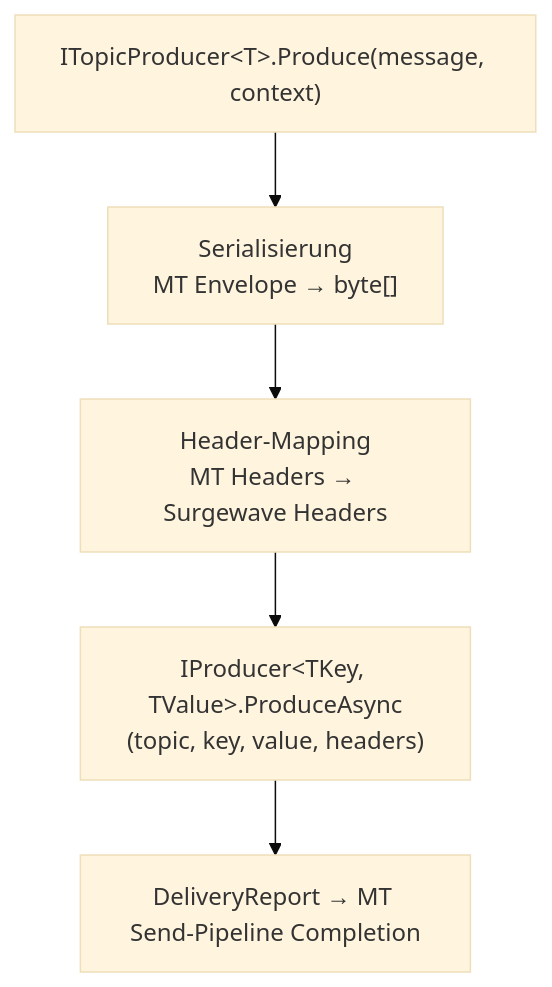
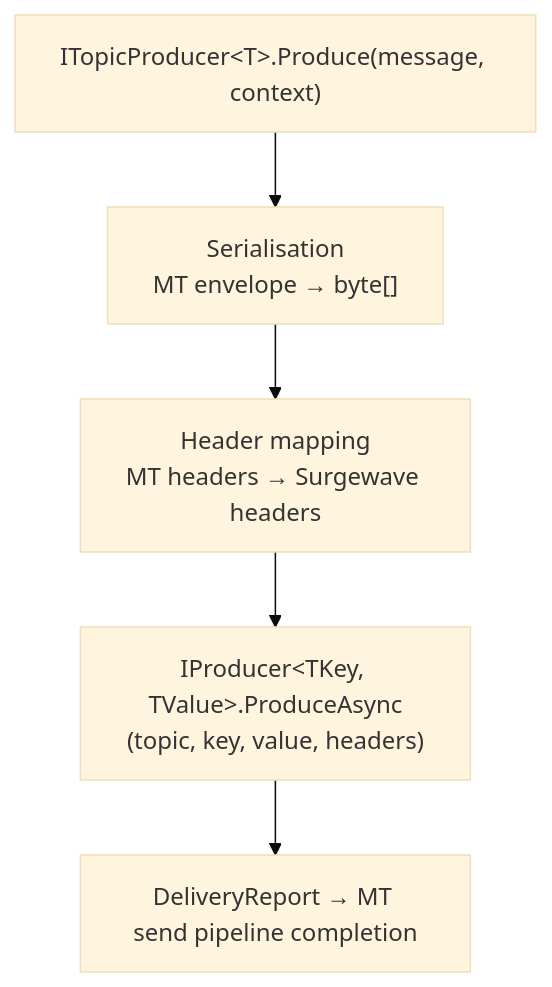
The diagram in docs/integrations/masstransit-rider.md (Kuestenlogik/Surgewave), drawn with Mermaid (base theme) before and after one commit. The commit also changed other lines of this file and 129 other files, not shown here.

````diff
--- a/docs/integrations/masstransit-rider.md
+++ b/docs/integrations/masstransit-rider.md
@@ -239,10 +239,10 @@
 ```mermaid
 flowchart TB
     A["ITopicProducer&lt;T&gt;.Produce(message, context)"]
-    B["Serialisierung<br/>MT Envelope &rarr; byte[]"]
-    C["Header-Mapping<br/>MT Headers &rarr; Surgewave Headers"]
+    B["Serialisation<br/>MT envelope &rarr; byte[]"]
+    C["Header mapping<br/>MT headers &rarr; Surgewave headers"]
     D["IProducer&lt;TKey, TValue&gt;.ProduceAsync<br/>(topic, key, value, headers)"]
-    E["DeliveryReport &rarr; MT Send-Pipeline Completion"]
+    E["DeliveryReport &rarr; MT send pipeline completion"]
 
     A --> B --> C --> D --> E
 ```
````
